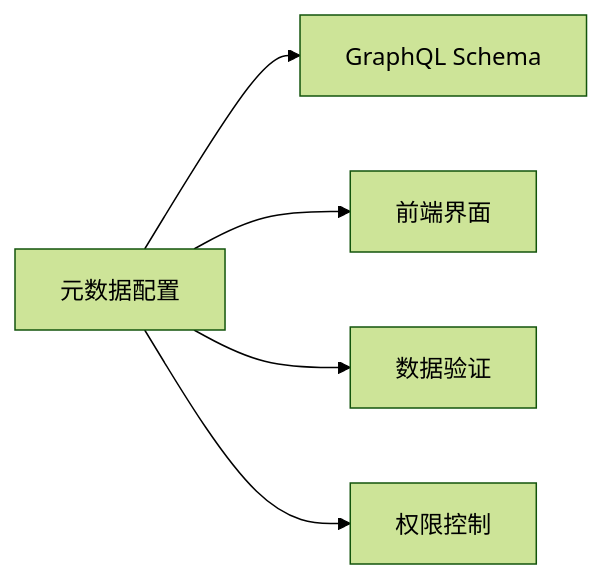
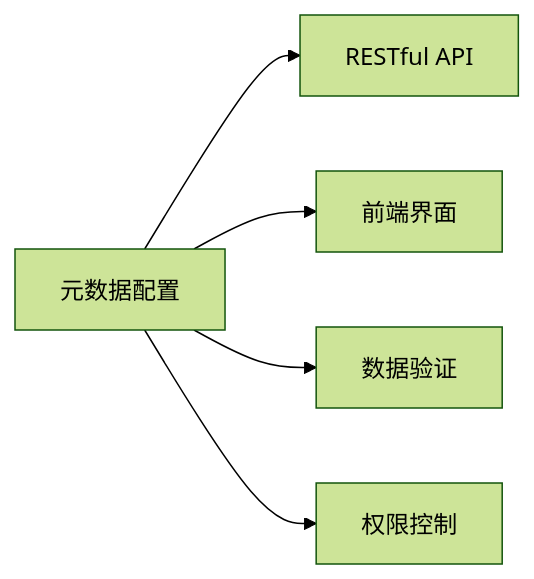
The first of 7 diagrams in docs/platform-paradigm.md (HeChuQIU/RuYi), drawn with Mermaid (forest theme) before and after one commit. The commit also changed other lines of this file and 6 other files, not shown here.

First line of the commit message:
更新技术栈和文档：迁移到 vue-admin-better 和 RESTful API

````diff
--- a/docs/platform-paradigm.md
+++ b/docs/platform-paradigm.md
@@ -38,7 +38,7 @@
 ```mermaid
 graph LR
-    Metadata[元数据配置] --> Schema[GraphQL Schema]
+    Metadata[元数据配置] --> API[RESTful API]
     Metadata --> UI[前端界面]
     Metadata --> Validation[数据验证]
     Metadata --> Permission[权限控制]
 ```
````
